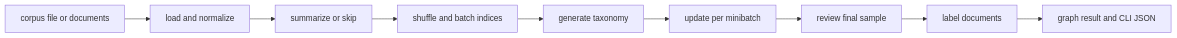
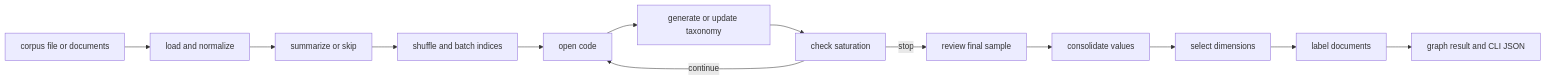
One commit to andresdp/delve changed the diagram in openwiki/quickstart.md. Above: the diagram before and after it, drawn with Mermaid. The commit also changed other lines of this file and 50 other files, not shown here.

````diff
--- a/openwiki/quickstart.md
+++ b/openwiki/quickstart.md
@@ -28,11 +28,15 @@
 ```mermaid
 flowchart LR
     Corpus["corpus file or documents"] --> Ingest["load and normalize"]
     Ingest --> Optional["summarize or skip"]
     Optional --> Batch["shuffle and batch indices"]
-    Batch --> Gen["generate taxonomy"]
-    Gen --> Refine["update per minibatch"]
-    Refine --> Review["review final sample"]
-    Review --> Label["label documents"]
+    Batch --> Open["open code"]
+    Open --> Gen["generate or update taxonomy"]
+    Gen --> Saturate["check saturation"]
+    Saturate -->|continue| Open
+    Saturate -->|stop| Review["review final sample"]
+    Review --> Merge["consolidate values"]
+    Merge --> Select["select dimensions"]
+    Select --> Label["label documents"]
     Label --> Result["graph result and CLI JSON"]
 ```
````
